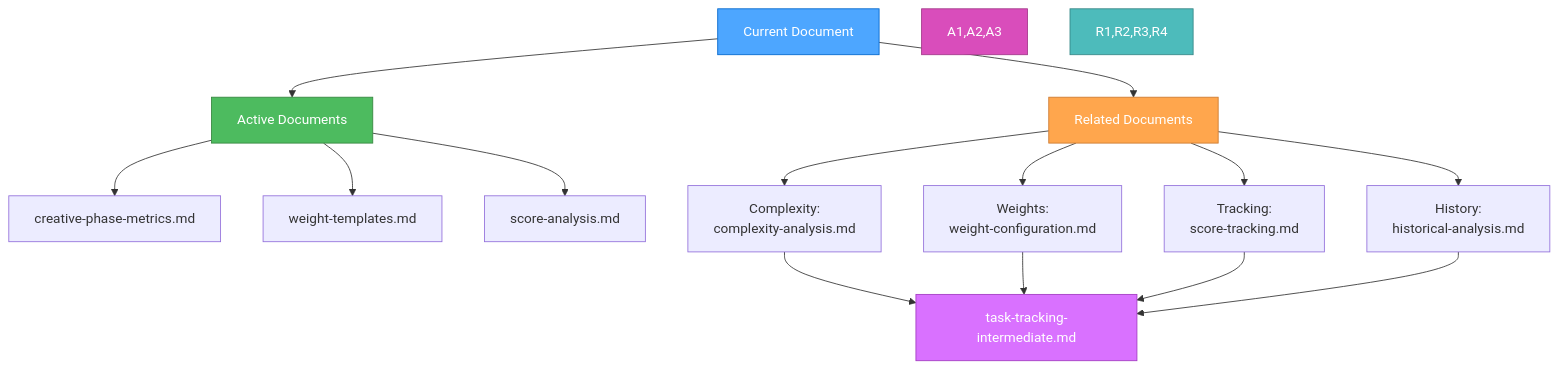
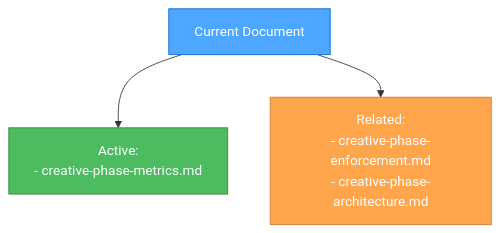
Before and after one commit to 7Spade/cursor-memory-bank: the fourth of 4 diagrams in .cursor/rules/isolation_rules/Core/creative-phase-metrics.mdc, drawn with Mermaid. The commit also changed other lines of this file and 4 other files, not shown here.

Commit message:
feat: Revise creative phase enforcement and metrics documentation; streamline task tracking processes, enhance verification protocols, and update task entry templates to improve clarity and efficiency in project management.

````diff
--- a/.cursor/rules/isolation_rules/Core/creative-phase-metrics.mdc
+++ b/.cursor/rules/isolation_rules/Core/creative-phase-metrics.mdc
@@ -524,26 +187,9 @@
 ```mermaid
 graph TD
-    Current["Current Document"] --> Active["Active Documents"]
-    Current --> Related["Related Documents"]
-    
-    Active --> A1["creative-phase-metrics.md"]
-    Active --> A2["weight-templates.md"]
-    Active --> A3["score-analysis.md"]
-    
-    Related --> R1["Complexity:<br>complexity-analysis.md"]
-    Related --> R2["Weights:<br>weight-configuration.md"]
-    Related --> R3["Tracking:<br>score-tracking.md"]
-    Related --> R4["History:<br>historical-analysis.md"]
-    
-    R1 --> T1["task-tracking-intermediate.md"]
-    R2 --> T1
-    R3 --> T1
-    R4 --> T1
+    Current["Current Document"] --> Active["Active:<br>- creative-phase-metrics.md"]
+    Current --> Related["Related:<br>- creative-phase-enforcement.md<br>- creative-phase-architecture.md"]
     
     style Current fill:#4da6ff,stroke:#0066cc,color:white
     style Active fill:#4dbb5f,stroke:#36873f,color:white
     style Related fill:#ffa64d,stroke:#cc7a30,color:white
-    style A1,A2,A3 fill:#d94dbb,stroke:#a3378a,color:white
-    style R1,R2,R3,R4 fill:#4dbbbb,stroke:#368787,color:white
-    style T1 fill:#d971ff,stroke:#a33bc2,color:white
 ``` 
````
